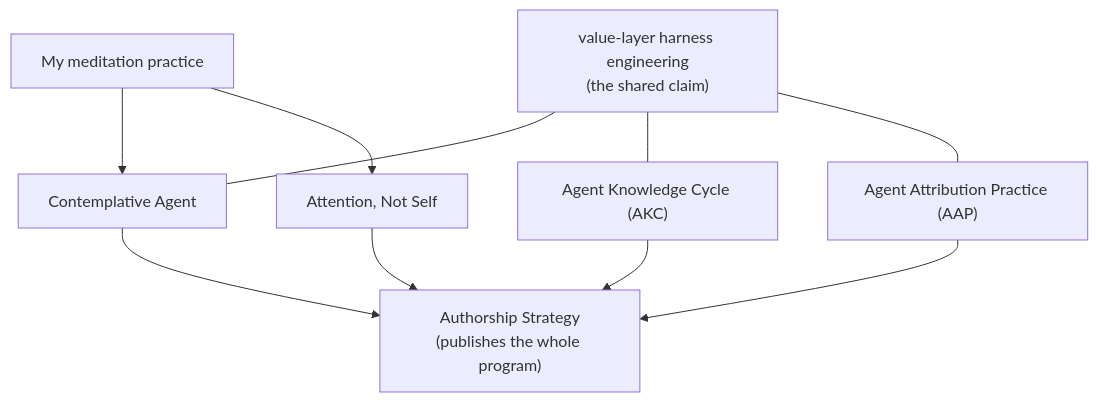
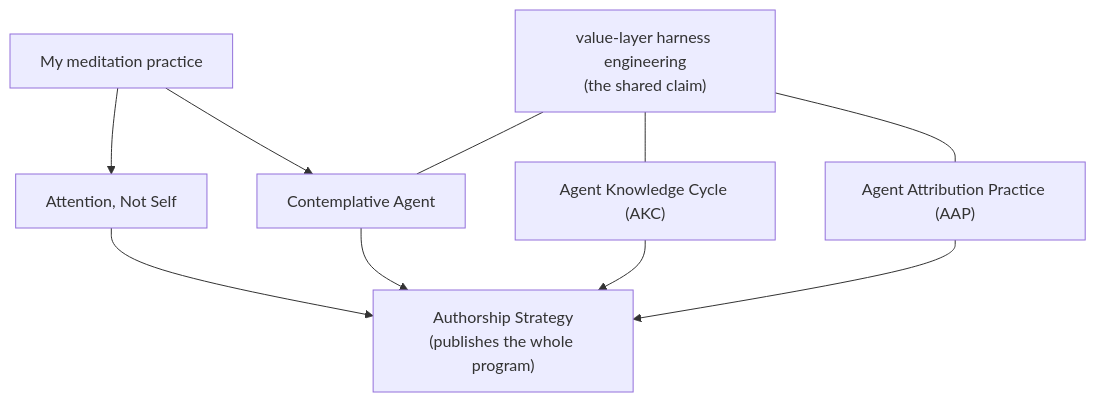
The diagram in README.md (shimo4228/shimo4228), drawn with Mermaid before and after one commit. The commit also changed 1 other file, not shown here.

Commit message:
docs(readme): reorder diagram nodes (ANS before CA) to remove edge crossings

````diff
--- a/README.md
+++ b/README.md
@@ -33,9 +33,9 @@
 ```mermaid
 graph TD
-    M["My meditation practice"] --> CA["Contemplative Agent"]
-    M --> ANS["Attention, Not Self"]
+    M["My meditation practice"] --> ANS["Attention, Not Self"]
+    M --> CA["Contemplative Agent"]
     V["value-layer harness engineering<br>(the shared claim)"] --- CA
     V --- AKC["Agent Knowledge Cycle (AKC)"]
     V --- AAP["Agent Attribution Practice (AAP)"]
-    CA & AKC & AAP & ANS --> AS["Authorship Strategy<br>(publishes the whole program)"]
+    ANS & CA & AKC & AAP --> AS["Authorship Strategy<br>(publishes the whole program)"]
 ```
````
